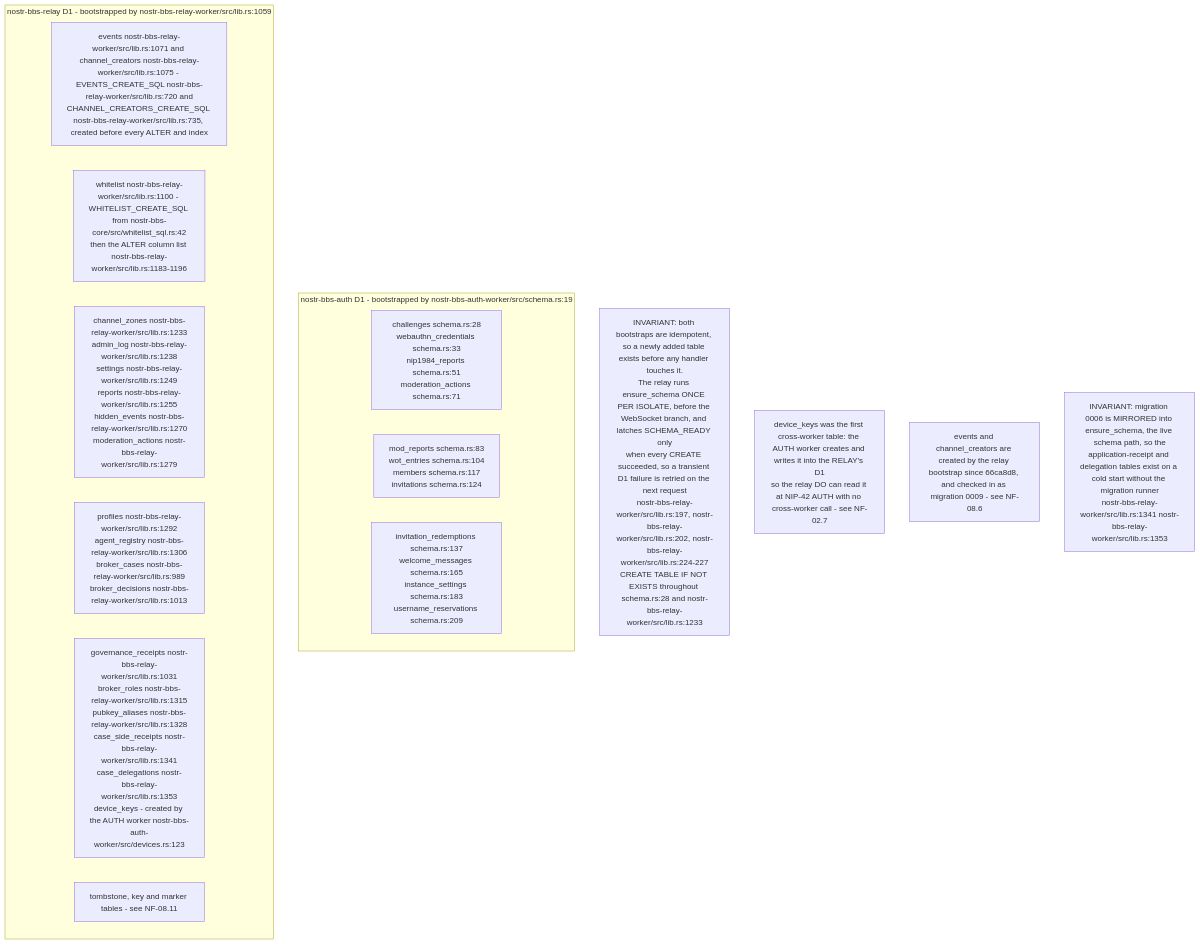
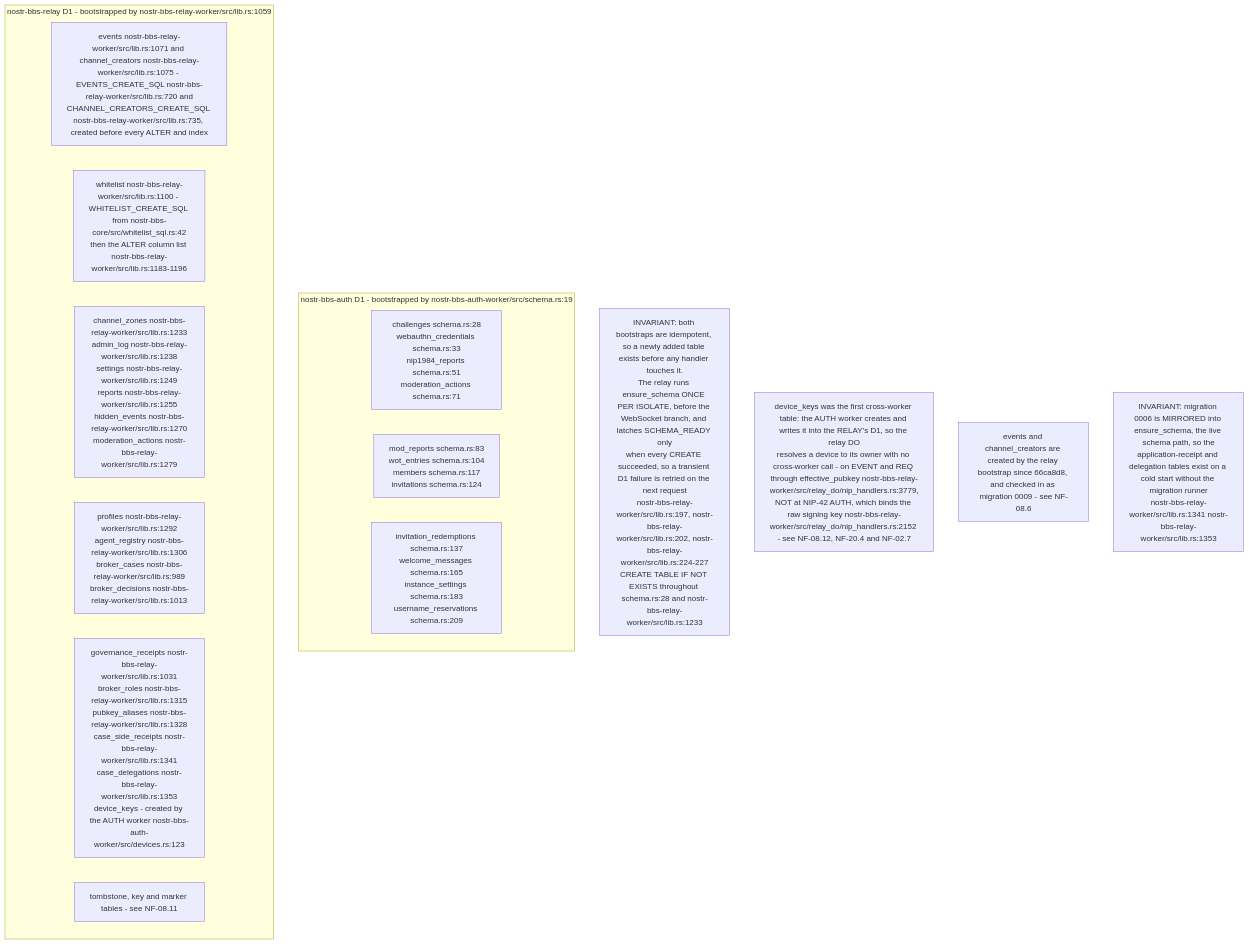
Before and after one commit to DreamLab-AI/VisionFlow: the fifth of 13 diagrams in docs/diagrams/nostr-rust-forum/08-config-zones-stores-and-admin-authority.md, drawn with Mermaid. The commit also changed other lines of this file and 13 other files, not shown here.

First line of the commit message:
diagrams(nostr-rust-forum): fold the last kit-only diagram content into the corpus

````diff
--- a/docs/diagrams/nostr-rust-forum/08-config-zones-stores-and-admin-authority.md
+++ b/docs/diagrams/nostr-rust-forum/08-config-zones-stores-and-admin-authority.md
@@ -184,21 +200,21 @@
 ```mermaid
 flowchart TB
     subgraph authd1["nostr-bbs-auth D1 - bootstrapped by nostr-bbs-auth-worker/src/schema.rs:19"]
         A1["challenges schema.rs:28<br/>webauthn_credentials schema.rs:33<br/>nip1984_reports schema.rs:51<br/>moderation_actions schema.rs:71"]
         A2["mod_reports schema.rs:83<br/>wot_entries schema.rs:104<br/>members schema.rs:117<br/>invitations schema.rs:124"]
         A3["invitation_redemptions schema.rs:137<br/>welcome_messages schema.rs:165<br/>instance_settings schema.rs:183<br/>username_reservations schema.rs:209"]
     end
     subgraph relayd1["nostr-bbs-relay D1 - bootstrapped by nostr-bbs-relay-worker/src/lib.rs:1059"]
         RE["events nostr-bbs-relay-worker/src/lib.rs:1071 and channel_creators nostr-bbs-relay-worker/src/lib.rs:1075 - EVENTS_CREATE_SQL nostr-bbs-relay-worker/src/lib.rs:720 and<br/>CHANNEL_CREATORS_CREATE_SQL nostr-bbs-relay-worker/src/lib.rs:735, created before every ALTER and index"]
         R0["whitelist nostr-bbs-relay-worker/src/lib.rs:1100 - WHITELIST_CREATE_SQL from nostr-bbs-core/src/whitelist_sql.rs:42<br/>then the ALTER column list nostr-bbs-relay-worker/src/lib.rs:1183-1196"]
         R1["channel_zones nostr-bbs-relay-worker/src/lib.rs:1233<br/>admin_log nostr-bbs-relay-worker/src/lib.rs:1238<br/>settings nostr-bbs-relay-worker/src/lib.rs:1249<br/>reports nostr-bbs-relay-worker/src/lib.rs:1255<br/>hidden_events nostr-bbs-relay-worker/src/lib.rs:1270<br/>moderation_actions nostr-bbs-relay-worker/src/lib.rs:1279"]
         R2["profiles nostr-bbs-relay-worker/src/lib.rs:1292<br/>agent_registry nostr-bbs-relay-worker/src/lib.rs:1306<br/>broker_cases nostr-bbs-relay-worker/src/lib.rs:989<br/>broker_decisions nostr-bbs-relay-worker/src/lib.rs:1013"]
         R3["governance_receipts nostr-bbs-relay-worker/src/lib.rs:1031<br/>broker_roles nostr-bbs-relay-worker/src/lib.rs:1315<br/>pubkey_aliases nostr-bbs-relay-worker/src/lib.rs:1328<br/>case_side_receipts nostr-bbs-relay-worker/src/lib.rs:1341<br/>case_delegations nostr-bbs-relay-worker/src/lib.rs:1353<br/>device_keys - created by the AUTH worker nostr-bbs-auth-worker/src/devices.rs:123"]
         R4["tombstone, key and marker tables - see NF-08.11"]
     end
 
     N1["INVARIANT: both bootstraps are idempotent, so a newly added table exists before any handler touches it.<br/>The relay runs ensure_schema ONCE PER ISOLATE, before the WebSocket branch, and latches SCHEMA_READY only<br/>when every CREATE succeeded, so a transient D1 failure is retried on the next request<br/>nostr-bbs-relay-worker/src/lib.rs:197, nostr-bbs-relay-worker/src/lib.rs:202, nostr-bbs-relay-worker/src/lib.rs:224-227<br/>CREATE TABLE IF NOT EXISTS throughout schema.rs:28 and nostr-bbs-relay-worker/src/lib.rs:1233"]
-    N2["device_keys was the first cross-worker table: the AUTH worker creates and writes it into the RELAY's D1<br/>so the relay DO can read it at NIP-42 AUTH with no cross-worker call - see NF-02.7"]
+    N2["device_keys was the first cross-worker table: the AUTH worker creates and writes it into the RELAY's D1, so the relay DO<br/>resolves a device to its owner with no cross-worker call - on EVENT and REQ through effective_pubkey nostr-bbs-relay-worker/src/relay_do/nip_handlers.rs:3779,<br/>NOT at NIP-42 AUTH, which binds the raw signing key nostr-bbs-relay-worker/src/relay_do/nip_handlers.rs:2152 - see NF-08.12, NF-20.4 and NF-02.7"]
     N3["events and channel_creators are created by the relay bootstrap since 66ca8d8, and checked in as migration 0009 - see NF-08.6"]
     N4["INVARIANT: migration 0006 is MIRRORED into ensure_schema, the live schema path, so the<br/>application-receipt and delegation tables exist on a cold start without the migration runner<br/>nostr-bbs-relay-worker/src/lib.rs:1341 nostr-bbs-relay-worker/src/lib.rs:1353"]
 ```
````
